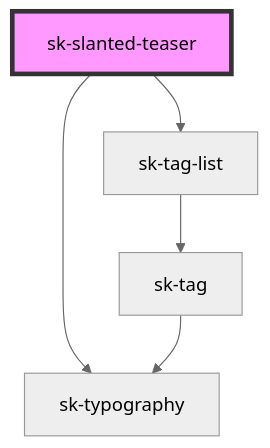
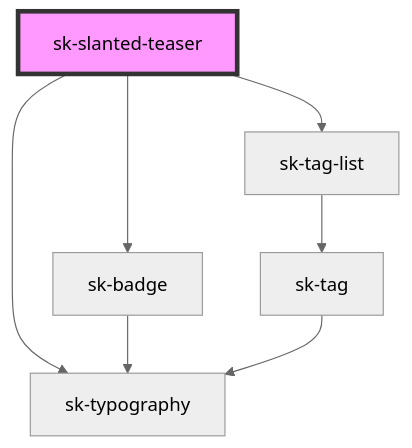
The diagram in stencil/src/components/slanted-teaser/readme.md (simonknittel/components), drawn with Mermaid (neutral theme) before and after one commit. The commit also changed other lines of this file and 30 other files, not shown here.

````diff
--- a/stencil/src/components/slanted-teaser/readme.md
+++ b/stencil/src/components/slanted-teaser/readme.md
@@ -29,8 +30,10 @@
 ```mermaid
 graph TD;
   sk-slanted-teaser --> sk-typography
+  sk-slanted-teaser --> sk-badge
   sk-slanted-teaser --> sk-tag-list
+  sk-badge --> sk-typography
   sk-tag-list --> sk-tag
   sk-tag --> sk-typography
   style sk-slanted-teaser fill:#f9f,stroke:#333,stroke-width:4px
 ```
````
